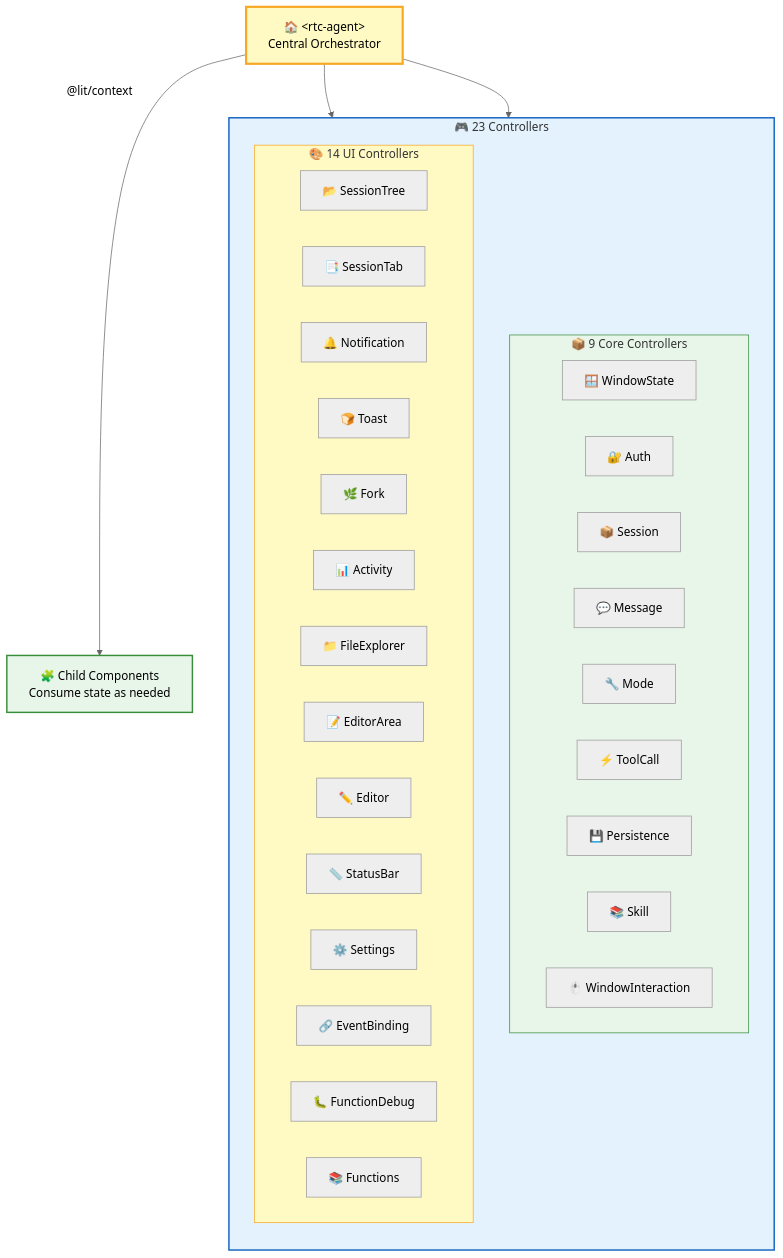
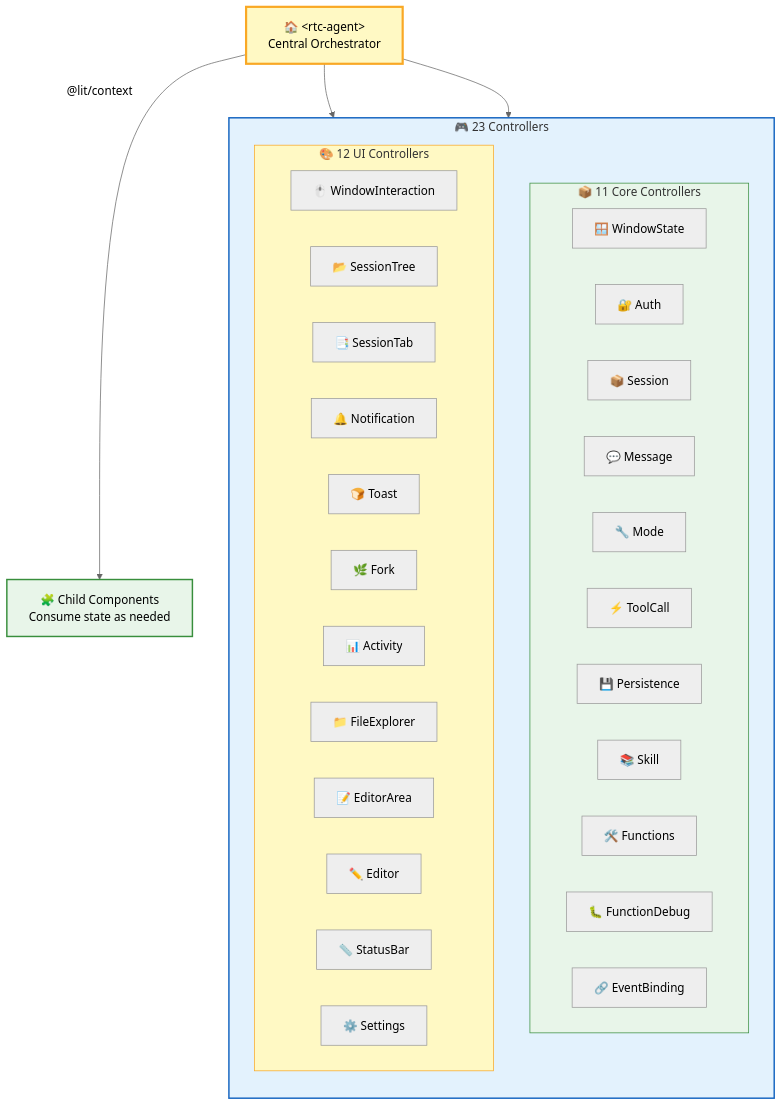
One commit to rtc-agent/docs changed the third of 10 diagrams in src/content/docs/en/architecture/frontend.md. Above: the diagram before and after it, drawn with Mermaid (neutral theme). The commit also changed 3 other files, not shown here.

````diff
--- a/src/content/docs/en/architecture/frontend.md
+++ b/src/content/docs/en/architecture/frontend.md
@@ -117,44 +117,44 @@
 ```mermaid
 flowchart TD
     subgraph CONTROLLERS["🎮 23 Controllers"]
         direction TB
-        subgraph CORE["📦 9 Core Controllers"]
+        subgraph CORE["📦 11 Core Controllers"]
             C1["🪟 WindowState"]
             C2["🔐 Auth"]
             C3["📦 Session"]
             C4["💬 Message"]
             C5["🔧 Mode"]
             C6["⚡ ToolCall"]
             C7["💾 Persistence"]
             C8["📚 Skill"]
-            C9["🖱️ WindowInteraction"]
+            C9["🛠️ Functions"]
+            C10["🐛 FunctionDebug"]
+            C11["🔗 EventBinding"]
         end
-        subgraph UI["🎨 14 UI Controllers"]
-            C10["📂 SessionTree"]
-            C11["📑 SessionTab"]
-            C12["🔔 Notification"]
-            C13["🍞 Toast"]
-            C14["🌿 Fork"]
-            C15["📊 Activity"]
-            C16["📁 FileExplorer"]
-            C17["📝 EditorArea"]
-            C18["✏️ Editor"]
-            C19["📏 StatusBar"]
-            C20["⚙️ Settings"]
-            C21["🔗 EventBinding"]
-            C22["🐛 FunctionDebug"]
-            C23["📚 Functions"]
+        subgraph UI["🎨 12 UI Controllers"]
+            C12["🖱️ WindowInteraction"]
+            C13["📂 SessionTree"]
+            C14["📑 SessionTab"]
+            C15["🔔 Notification"]
+            C16["🍞 Toast"]
+            C17["🌿 Fork"]
+            C18["📊 Activity"]
+            C19["📁 FileExplorer"]
+            C20["📝 EditorArea"]
+            C21["✏️ Editor"]
+            C22["📏 StatusBar"]
+            C23["⚙️ Settings"]
         end
     end
 
     ROOT["🏠 &lt;rtc-agent&gt;<br/>Central Orchestrator"] --> CORE
     ROOT --> UI
 
     ROOT -->|"@lit/context"| CHILDREN["🧩 Child Components<br/>Consume state as needed"]
 
     style ROOT fill:#fff9c4,stroke:#f9a825,stroke-width:3px
     style CONTROLLERS fill:#e3f2fd,stroke:#1565c0,stroke-width:2px
     style CORE fill:#e8f5e9,stroke:#388e3c,stroke-width:1px
     style UI fill:#fff9c4,stroke:#f9a825,stroke-width:1px
     style CHILDREN fill:#e8f5e9,stroke:#388e3c,stroke-width:2px
 ```
````
